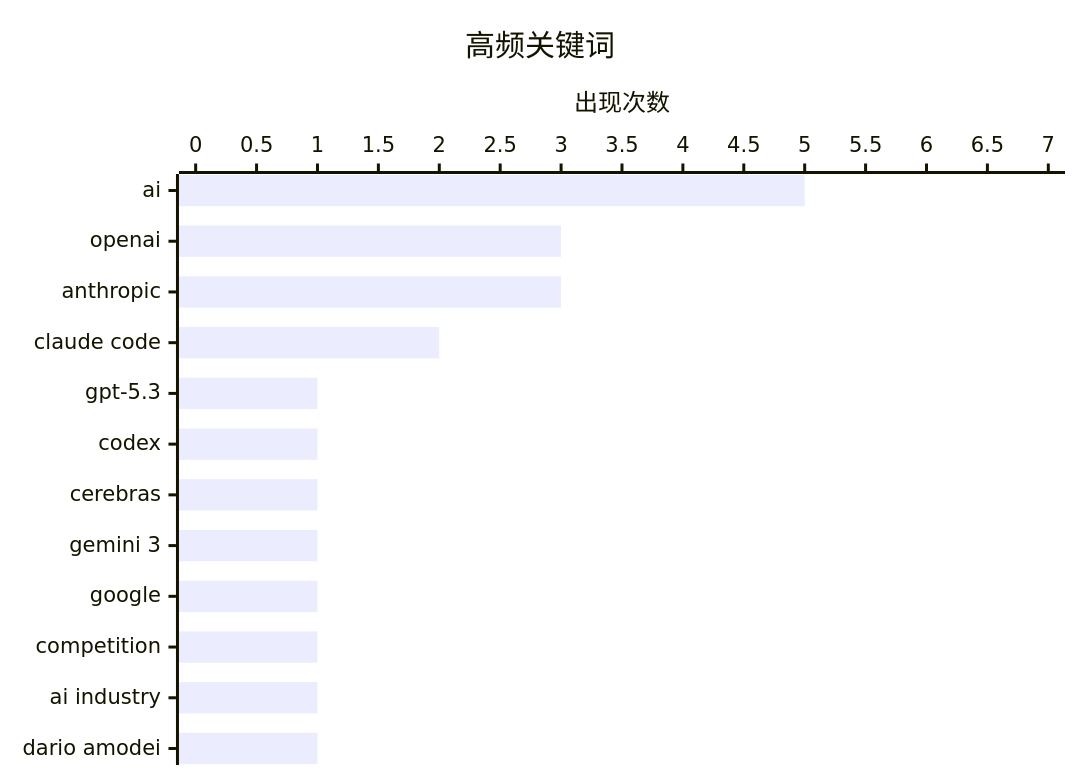
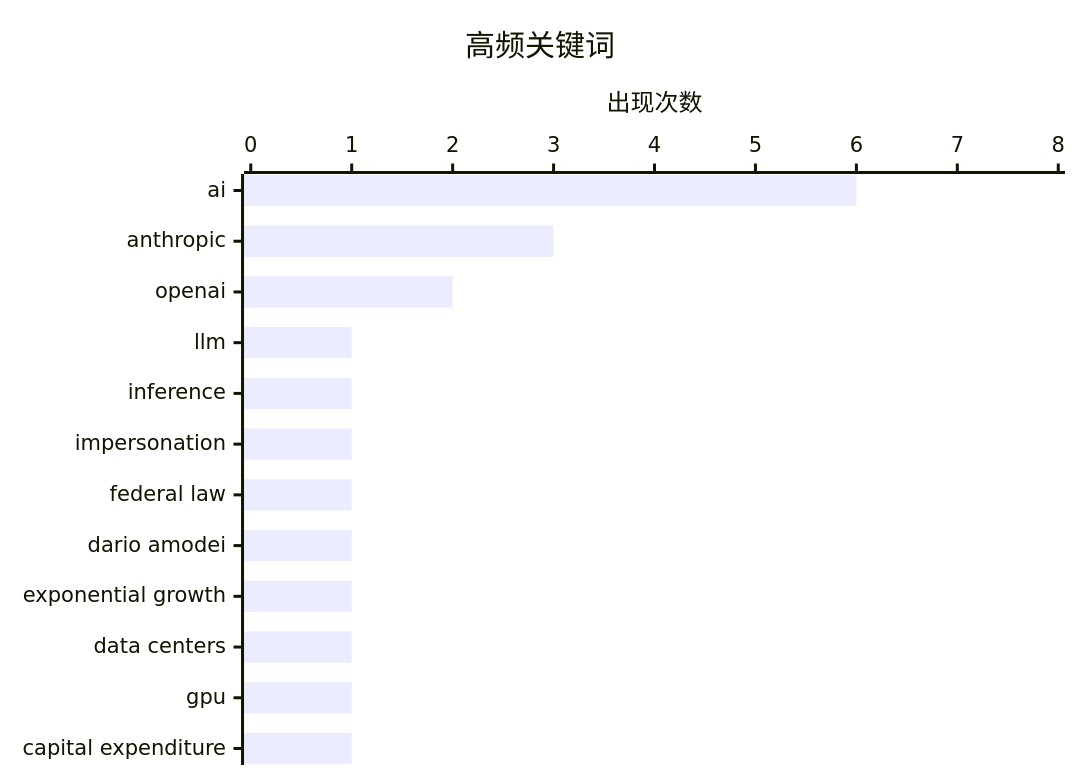
Before and after one commit to 0xEmberZz/daily-digest: the second of 2 diagrams in digests/latest.md, drawn with Mermaid. The commit also changed other lines of this file and 2 other files, not shown here.

````diff
--- a/digests/latest.md
+++ b/digests/latest.md
@@ -78,7 +79,7 @@
 ```mermaid
 xychart-beta horizontal
     title "高频关键词"
-    x-axis ["ai", "openai", "anthropic", "claude code", "gpt-5.3", "codex", "cerebras", "gemini 3", "google", "competition", "ai industry", "dario amodei"]
-    y-axis "出现次数" 0 --> 7
-    bar [5, 3, 3, 2, 1, 1, 1, 1, 1, 1, 1, 1]
+    x-axis ["ai", "anthropic", "openai", "llm", "inference", "impersonation", "federal law", "dario amodei", "exponential growth", "data centers", "gpu", "capital expenditure"]
+    y-axis "出现次数" 0 --> 8
+    bar [6, 3, 2, 1, 1, 1, 1, 1, 1, 1, 1, 1]
 ```
````
